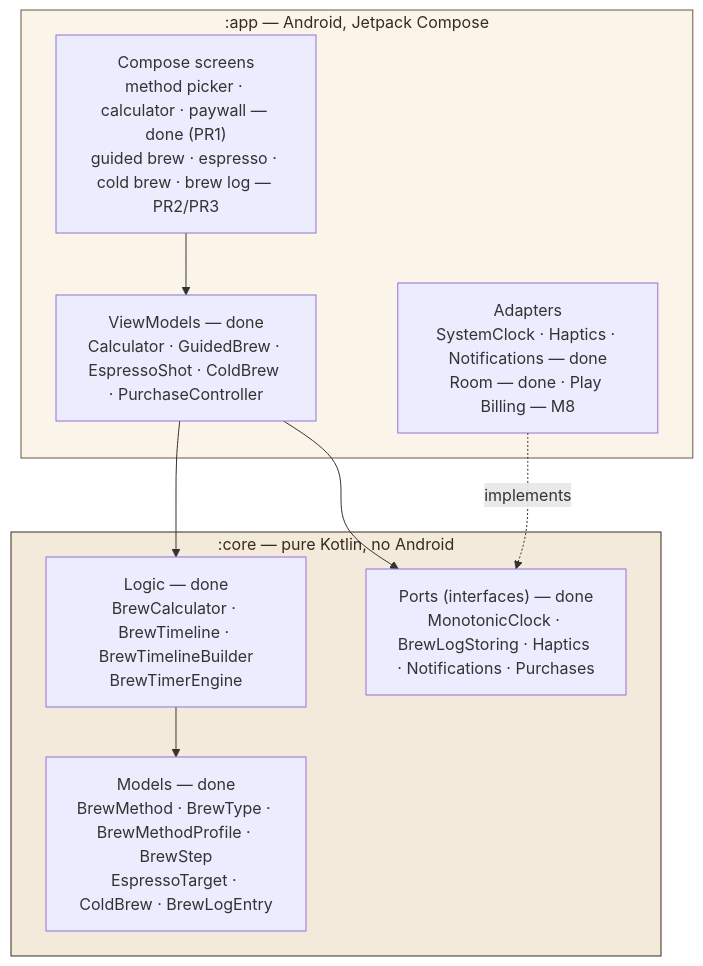
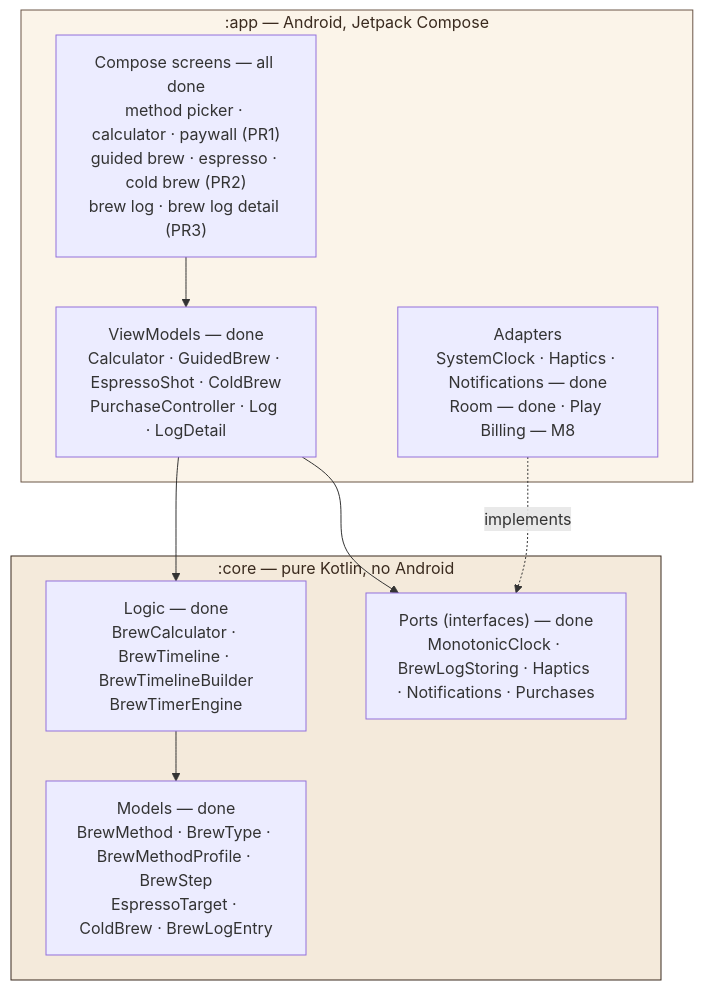
Before and after one commit to JayReece313/coffeegrams-android: the first of 3 diagrams in ARCHITECTURE.md, drawn with Mermaid. The commit also changed other lines of this file and 17 other files, not shown here.

First line of the commit message:
M7 PR3: Brew log — history list, detail, star rating

````diff
--- a/ARCHITECTURE.md
+++ b/ARCHITECTURE.md
@@ -42,23 +55,23 @@
 ```mermaid
 graph TD
     subgraph app[":app — Android, Jetpack Compose"]
-        UI["Compose screens<br/>method picker · calculator · paywall — done (PR1)<br/>guided brew · espresso · cold brew · brew log — PR2/PR3"]
-        VM["ViewModels — done<br/>Calculator · GuidedBrew · EspressoShot · ColdBrew · PurchaseController"]
+        UI["Compose screens — all done<br/>method picker · calculator · paywall (PR1)<br/>guided brew · espresso · cold brew (PR2)<br/>brew log · brew log detail (PR3)"]
+        VM["ViewModels — done<br/>Calculator · GuidedBrew · EspressoShot · ColdBrew<br/>PurchaseController · Log · LogDetail"]
         AD["Adapters<br/>SystemClock · Haptics · Notifications — done<br/>Room — done · Play Billing — M8"]
     end
 
     subgraph core[":core — pure Kotlin, no Android"]
         M["Models — done<br/>BrewMethod · BrewType · BrewMethodProfile · BrewStep<br/>EspressoTarget · ColdBrew · BrewLogEntry"]
         L["Logic — done<br/>BrewCalculator · BrewTimeline · BrewTimelineBuilder<br/>BrewTimerEngine"]
         P["Ports (interfaces) — done<br/>MonotonicClock · BrewLogStoring · Haptics · Notifications · Purchases"]
     end
 
     UI --> VM
     VM --> L
     VM --> P
     L --> M
     AD -.implements.-> P
 
     style core fill:#F4EADB,stroke:#3A2A1E,color:#3A2A1E
     style app fill:#FBF4E9,stroke:#6B5647,color:#3A2A1E
 ```
````
